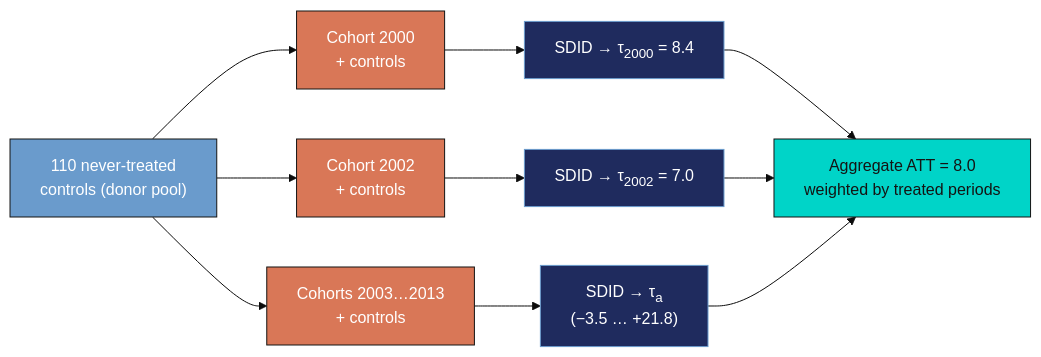
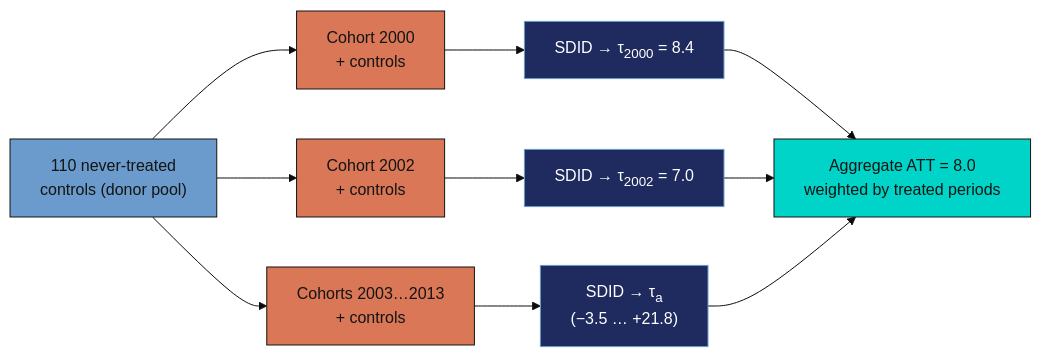
Before and after one commit to cmg777/starter-academic-v501: the second of 3 diagrams in content/post/stata_sdid_staggered/index.md, drawn with Mermaid (base theme). The commit also changed other lines of this file and 67 other files, not shown here.

First line of the commit message:
fix(mermaid): readable diagram text in both themes across the site

````diff
--- a/content/post/stata_sdid_staggered/index.md
+++ b/content/post/stata_sdid_staggered/index.md
@@ -360,22 +360,22 @@
 ```mermaid
 graph LR
     POOL["110 never-treated<br/>controls (donor pool)"]
     C1["Cohort 2000<br/>+ controls"]
     C2["Cohort 2002<br/>+ controls"]
     CD["Cohorts 2003…2013<br/>+ controls"]
     T1["SDID &rarr; &tau;<sub>2000</sub> = 8.4"]
     T2["SDID &rarr; &tau;<sub>2002</sub> = 7.0"]
     TD["SDID &rarr; &tau;<sub>a</sub><br/>(&minus;3.5 … +21.8)"]
     ATT["Aggregate ATT = 8.0<br/>weighted by treated periods"]
     POOL --> C1 --> T1 --> ATT
     POOL --> C2 --> T2 --> ATT
     POOL --> CD --> TD --> ATT
-    style POOL fill:#6a9bcc,stroke:#141413,color:#fff
-    style C1 fill:#d97757,stroke:#141413,color:#fff
-    style C2 fill:#d97757,stroke:#141413,color:#fff
-    style CD fill:#d97757,stroke:#141413,color:#fff
+    style POOL fill:#6a9bcc,stroke:#141413,color:#141413
+    style C1 fill:#d97757,stroke:#141413,color:#141413
+    style C2 fill:#d97757,stroke:#141413,color:#141413
+    style CD fill:#d97757,stroke:#141413,color:#141413
     style T1 fill:#1f2b5e,stroke:#6a9bcc,color:#fff
     style T2 fill:#1f2b5e,stroke:#6a9bcc,color:#fff
     style TD fill:#1f2b5e,stroke:#6a9bcc,color:#fff
     style ATT fill:#00d4c8,stroke:#141413,color:#141413
 ```
````
